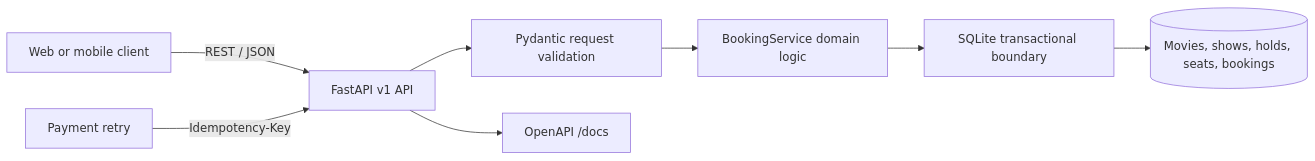
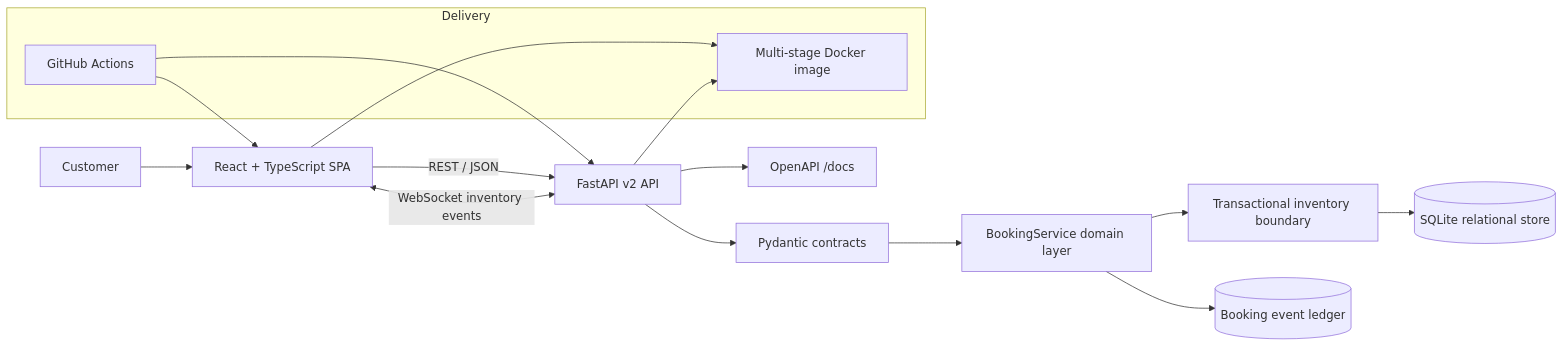
Before and after one commit to haarikaalla/Movie-Ticket-Booking: the first of 2 diagrams in README.md, drawn with Mermaid. The commit also changed other lines of this file and 28 other files, not shown here.

````diff
--- a/README.md
+++ b/README.md
@@ -43,10 +51,22 @@
 ```mermaid
 flowchart LR
-    CLIENT[Web or mobile client] -->|REST / JSON| API[FastAPI v1 API]
-    API --> VALIDATE[Pydantic request validation]
-    VALIDATE --> SERVICE[BookingService domain logic]
-    SERVICE --> TX[SQLite transactional boundary]
-    TX --> DB[(Movies, shows, holds, seats, bookings)]
-    PAYMENT[Payment retry] -->|Idempotency-Key| API
+    USER[Customer] --> WEB[React + TypeScript SPA]
+    WEB -->|REST / JSON| API[FastAPI v2 API]
+    WEB <-->|WebSocket inventory events| API
+    API --> VALIDATE[Pydantic contracts]
+    VALIDATE --> DOMAIN[BookingService domain layer]
+    DOMAIN --> TX[Transactional inventory boundary]
+    TX --> DB[(SQLite relational store)]
+    DOMAIN --> AUDIT[(Booking event ledger)]
     API --> DOCS[OpenAPI /docs]
+
+    subgraph Delivery
+      CI[GitHub Actions]
+      IMAGE[Multi-stage Docker image]
+    end
+
+    CI --> WEB
+    CI --> API
+    WEB --> IMAGE
+    API --> IMAGE
 ```
````
